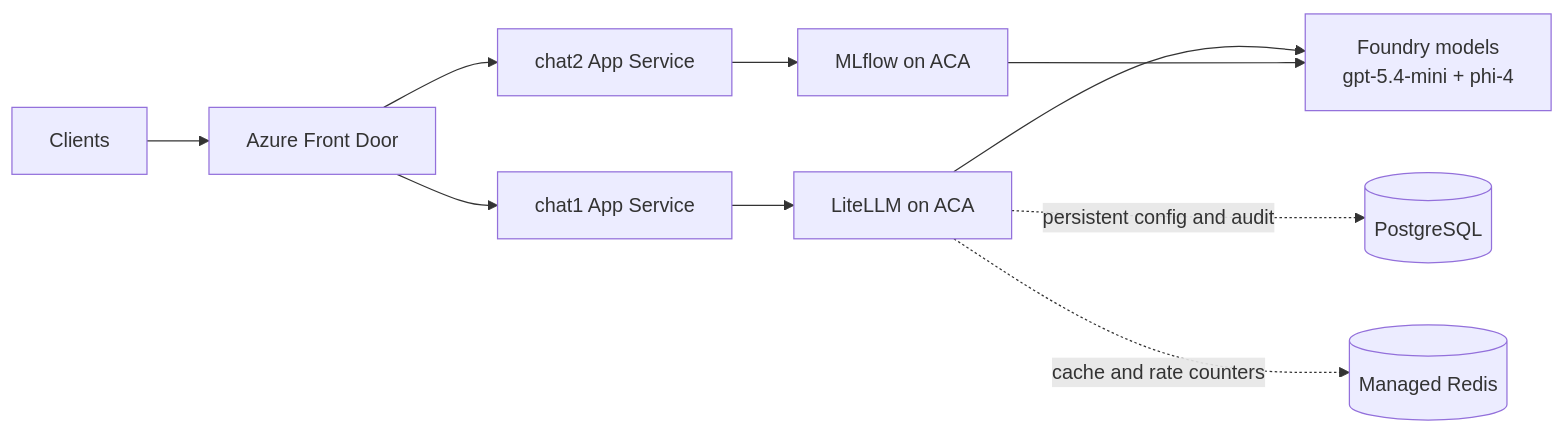
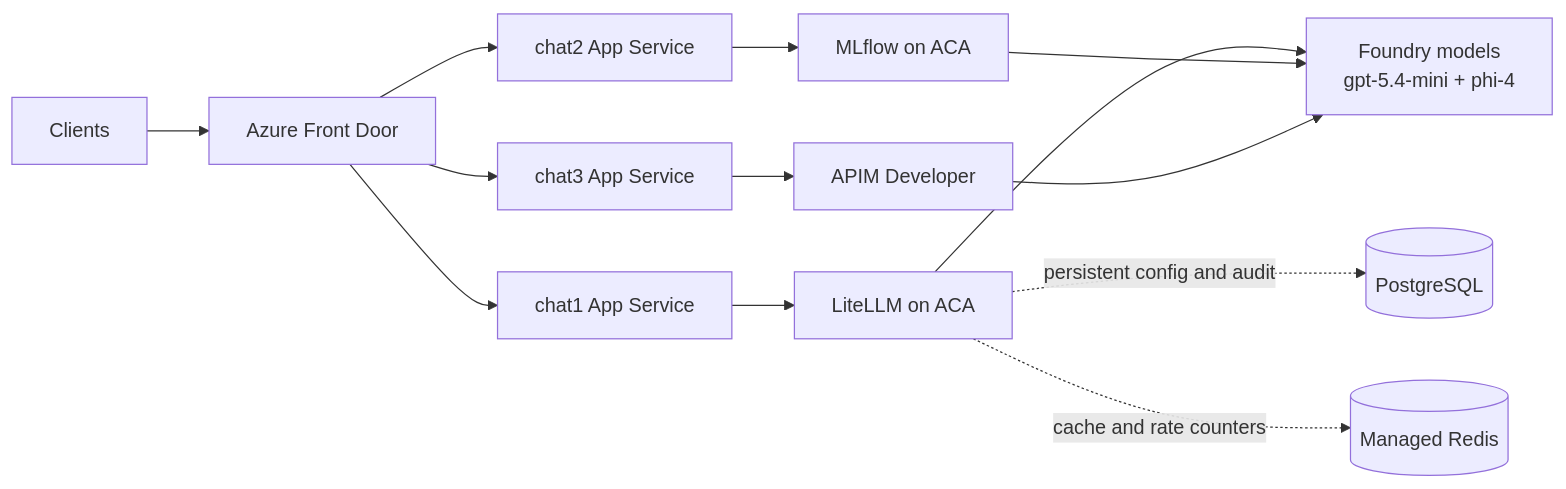
The diagram in README.md (bulentozkir/msfoundry-LiteLLm), drawn with Mermaid before and after one commit. The commit also changed other lines of this file and 106 other files, not shown here.

````diff
--- a/README.md
+++ b/README.md
@@ -10,15 +11,18 @@
 ```mermaid
 flowchart LR
 	U[Clients] --> FD[Azure Front Door]
 	FD --> C1[chat1 App Service]
 	FD --> C2[chat2 App Service]
+	FD --> C3[chat3 App Service]
 
 	C1 --> L1[LiteLLM on ACA]
 	C2 --> M1[MLflow on ACA]
+	C3 --> A3[APIM Developer]
 
 	L1 --> F[Foundry models\ngpt-5.4-mini + phi-4]
 	M1 --> F
+	A3 --> F
 
 	L1 -. persistent config and audit .-> PG[(PostgreSQL)]
 	L1 -. cache and rate counters .-> R[(Managed Redis)]
 ```
````
